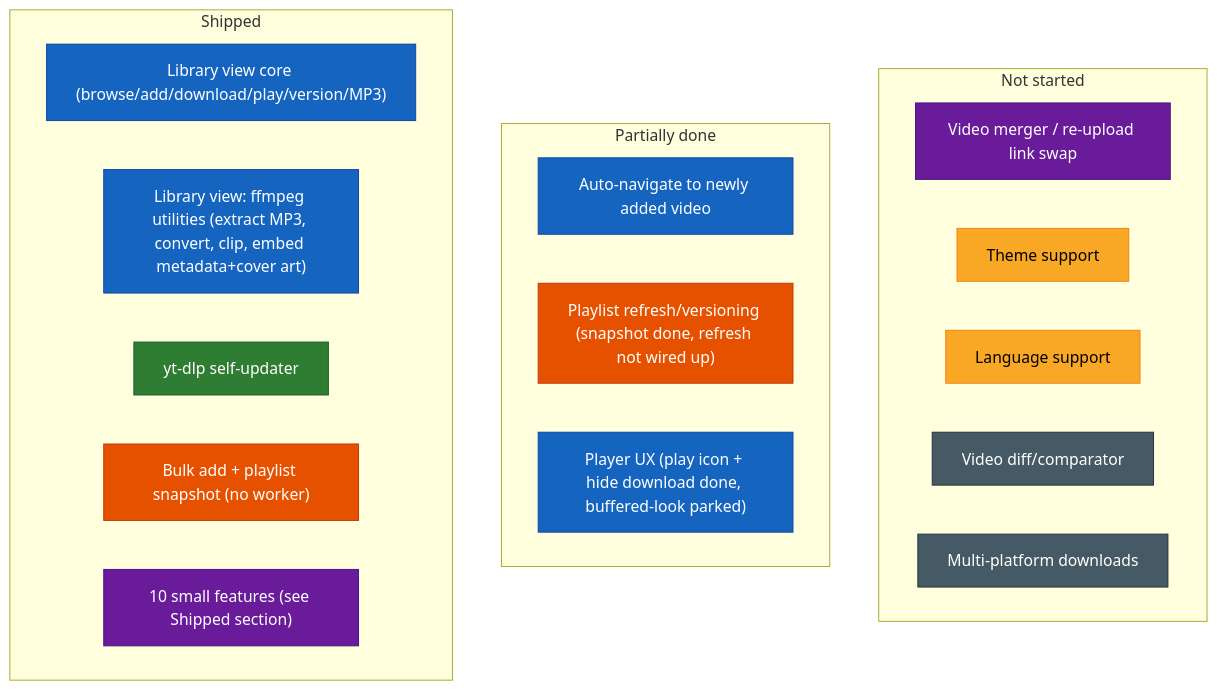
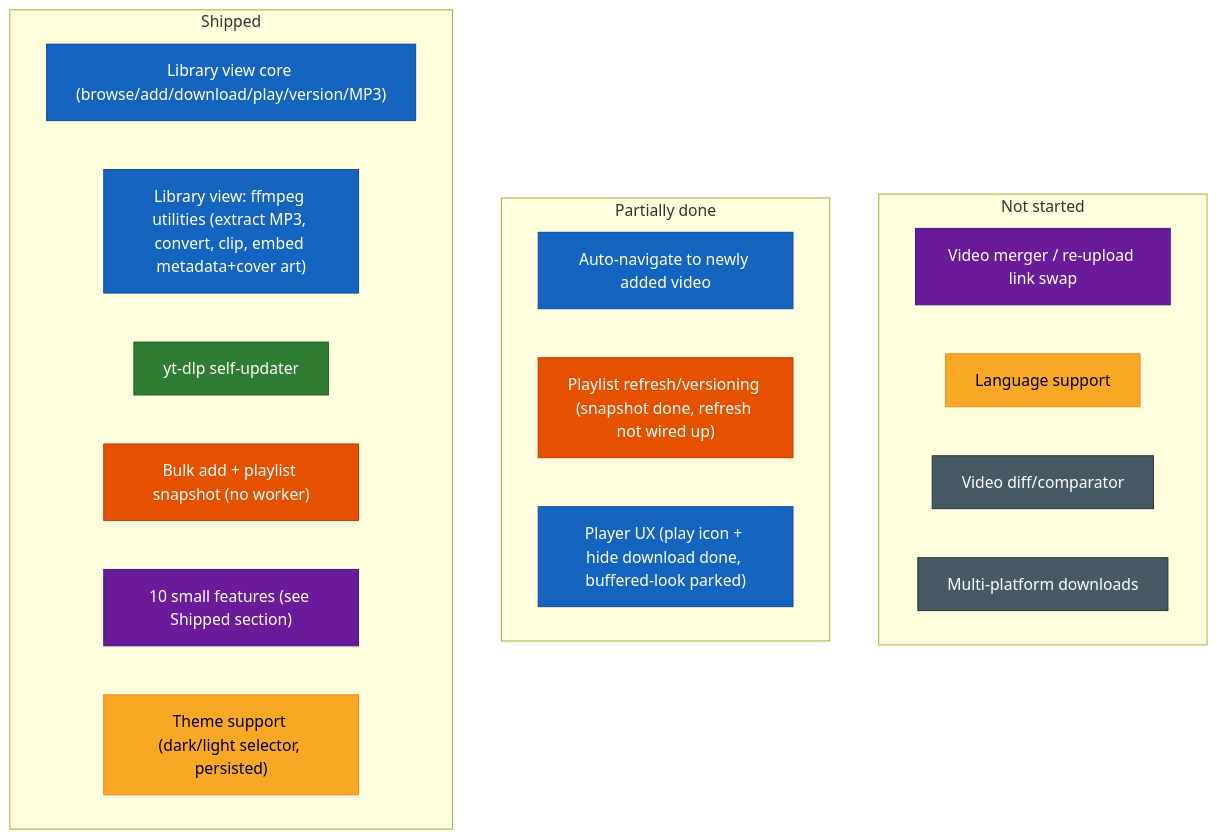
The diagram in futureSpecsFeedback.md (SlothSoftworks/Sloth-Archiver), drawn with Mermaid before and after one commit. The commit also changed other lines of this file and 1 other file, not shown here.

First line of the commit message:
chore: mark theme support as shipped in spec docs

````diff
--- a/futureSpecsFeedback.md
+++ b/futureSpecsFeedback.md
@@ -36,43 +35,43 @@
 ```mermaid
 flowchart LR
     classDef library fill:#1565c0,stroke:#0d47a1,color:#fff
     classDef updater fill:#2e7d32,stroke:#1b5e20,color:#fff
     classDef playlist fill:#e65100,stroke:#bf360c,color:#fff
     classDef smallfeat fill:#6a1b9a,stroke:#4a148c,color:#fff
     classDef qol fill:#f9a825,stroke:#f57f17,color:#000
     classDef longshot fill:#455a64,stroke:#263238,color:#fff
 
     subgraph DONE["Shipped"]
         direction LR
         d1["Library view core (browse/add/download/play/version/MP3)"]
         d1b["Library view: ffmpeg utilities (extract MP3, convert, clip, embed metadata+cover art)"]
         d2["yt-dlp self-updater"]
         d3["Bulk add + playlist snapshot (no worker)"]
         d4["10 small features (see Shipped section)"]
+        d5["Theme support (dark/light selector, persisted)"]
     end
 
     subgraph PARTIAL["Partially done"]
         direction LR
         p1["Auto-navigate to newly added video"]
         p2["Playlist refresh/versioning (snapshot done, refresh not wired up)"]
         p3["Player UX (play icon + hide download done, buffered-look parked)"]
     end
 
     subgraph TODO["Not started"]
         direction LR
         t1["Video merger / re-upload link swap"]
-        t5["Theme support"]
         t6["Language support"]
         t7["Video diff/comparator"]
         t8["Multi-platform downloads"]
     end
 
     DONE ~~~ PARTIAL ~~~ TODO
 
     class d1,d1b,p1,p3 library
     class d2 updater
     class d3,p2 playlist
     class d4,t1 smallfeat
-    class t5,t6 qol
+    class d5,t6 qol
     class t7,t8 longshot
 ```
````
